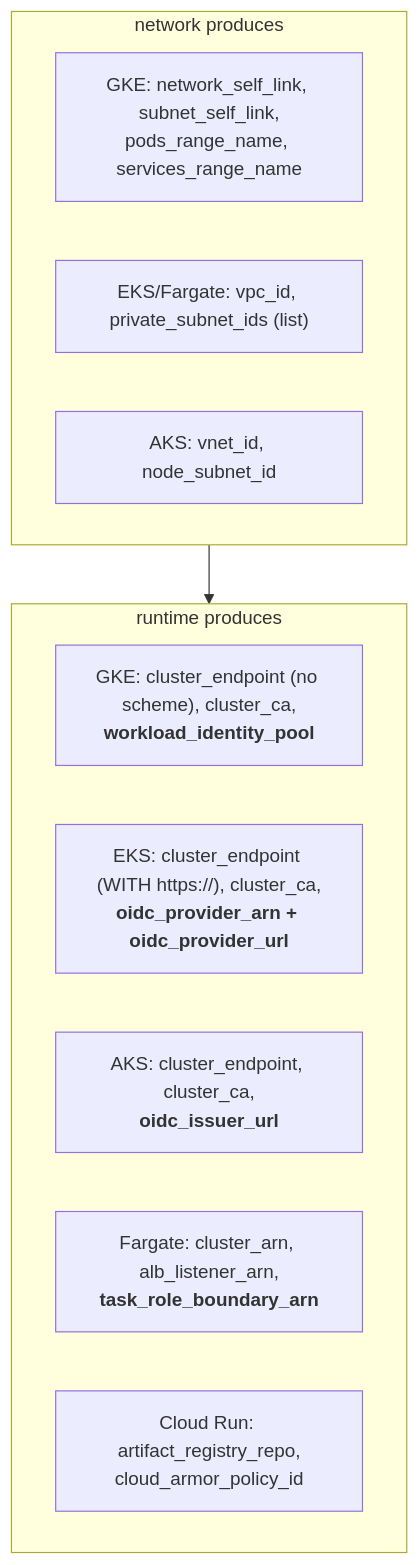
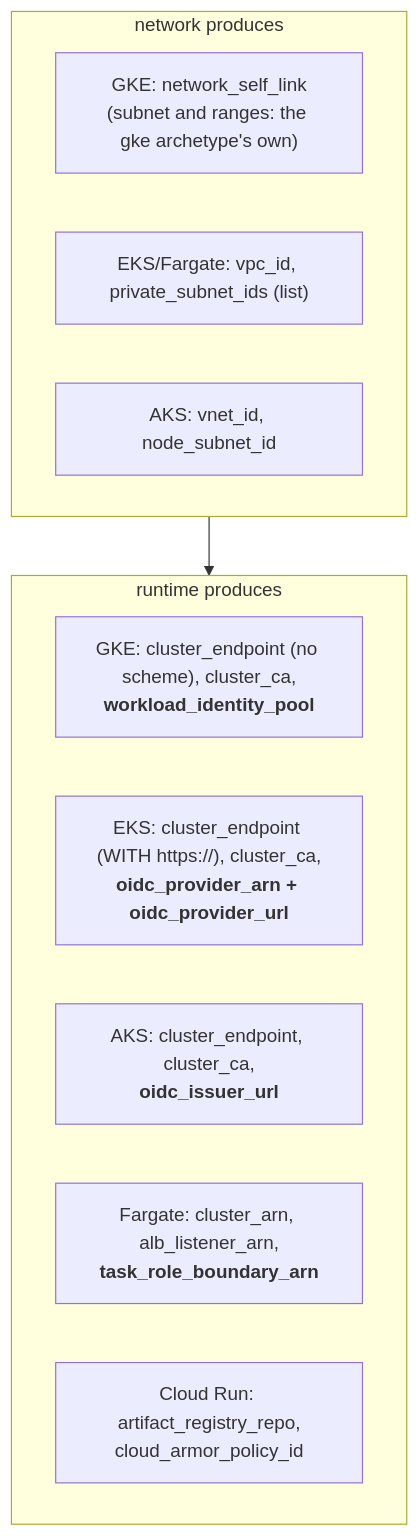
The tenth of 19 diagrams in docs/en/platform-overview.md (aescanero/proposal_documents), drawn with Mermaid before and after one commit. The commit also changed 27 other files, not shown here.

````diff
--- a/docs/en/platform-overview.md
+++ b/docs/en/platform-overview.md
@@ -271,16 +271,16 @@
 ```mermaid
 flowchart TD
     subgraph NET["network produces"]
-        G1["GKE: network_self_link, subnet_self_link,<br/>pods_range_name, services_range_name"]
+        G1["GKE: network_self_link<br/>(subnet and ranges: the gke archetype's own)"]
         A1["EKS/Fargate: vpc_id, private_subnet_ids (list)"]
         Z1["AKS: vnet_id, node_subnet_id"]
     end
     subgraph CLU["runtime produces"]
         G2["GKE: cluster_endpoint (no scheme), cluster_ca,<br/><b>workload_identity_pool</b>"]
         A2["EKS: cluster_endpoint (WITH https://), cluster_ca,<br/><b>oidc_provider_arn + oidc_provider_url</b>"]
         Z2["AKS: cluster_endpoint, cluster_ca,<br/><b>oidc_issuer_url</b>"]
         F2["Fargate: cluster_arn, alb_listener_arn,<br/><b>task_role_boundary_arn</b>"]
         C2["Cloud Run: artifact_registry_repo,<br/>cloud_armor_policy_id"]
     end
     NET --> CLU
 ```
````
